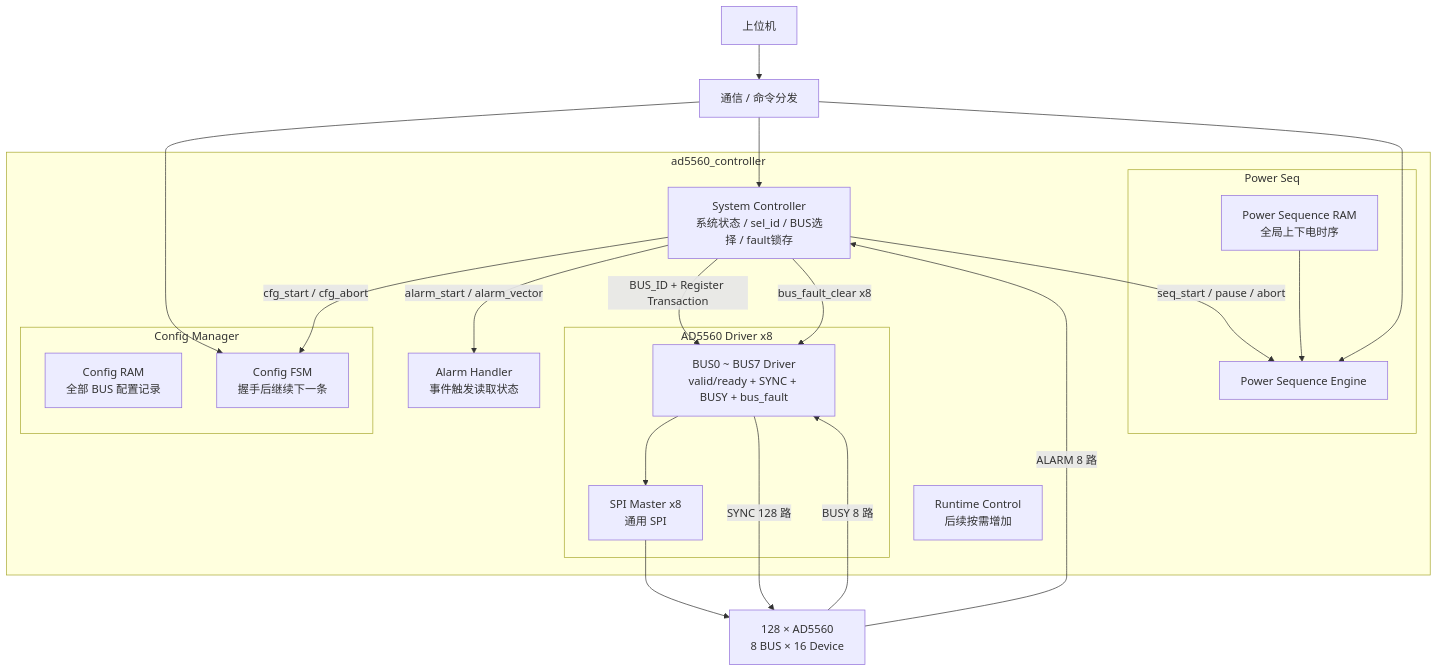
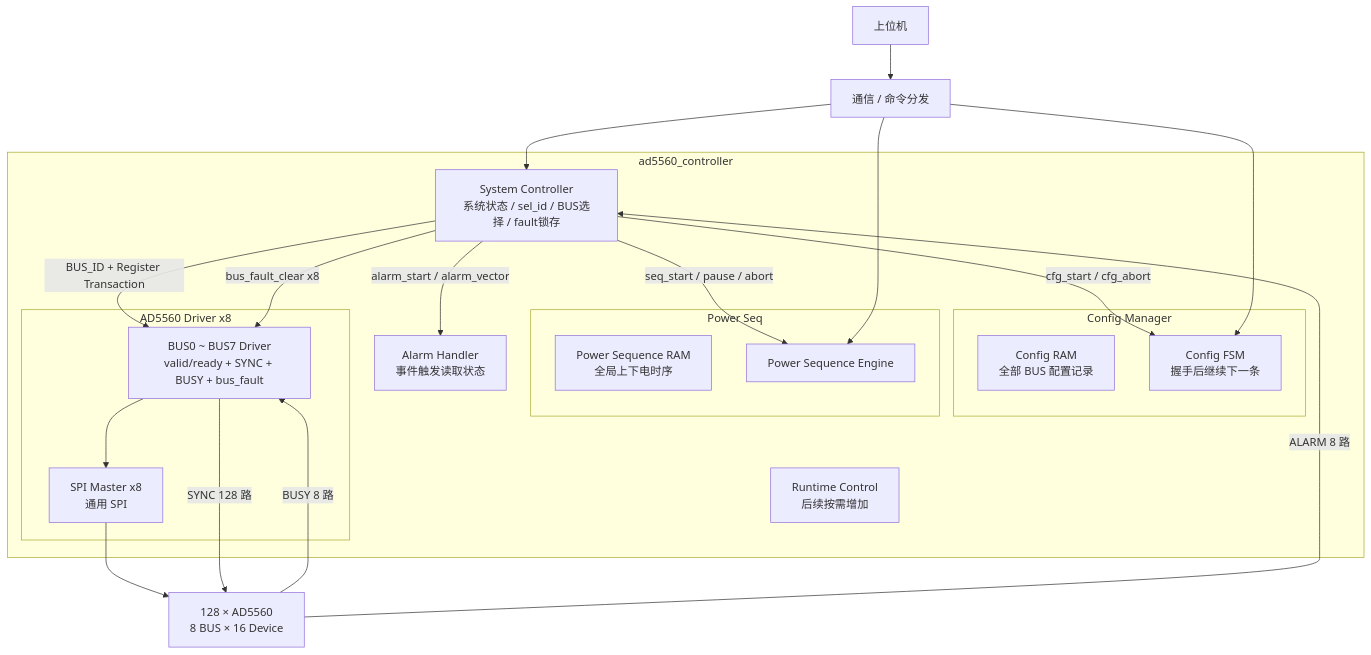
The diagram in AD5560/SYSTEM_ARCHITECTURE.md (hhanghhhhh/hbm_proj), drawn with Mermaid before and after one commit.

````diff
--- a/AD5560/SYSTEM_ARCHITECTURE.md
+++ b/AD5560/SYSTEM_ARCHITECTURE.md
@@ -204,49 +204,47 @@
 ```mermaid
 flowchart TB
     PC[上位机]
     COMM[通信 / 命令分发]
 
     subgraph CTRL[ad5560_controller]
         SYS[System Controller\n系统状态 / sel_id / BUS选择 / fault锁存]
 
         subgraph CFG[Config Manager]
             CRAM[Config RAM\n全部 BUS 配置记录]
             CM[Config FSM\n握手后继续下一条]
         end
 
         subgraph PSEQ[Power Seq]
             PSRAM[Power Sequence RAM\n全局上下电时序]
             PSE[Power Sequence Engine]
         end
 
         AH[Alarm Handler\n事件触发读取状态]
         RC[Runtime Control\n后续按需增加]
 
         subgraph DRIVERS[AD5560 Driver x8]
             DRV[BUS0 ~ BUS7 Driver\nvalid/ready + SYNC + BUSY + bus_fault]
             SPI[SPI Master x8\n通用 SPI]
             DRV --> SPI
         end
 
-        PSRAM --> PSE
-
         SYS -->|cfg_start / cfg_abort| CM
         SYS -->|seq_start / pause / abort| PSE
         SYS -->|alarm_start / alarm_vector| AH
 
         SYS -->|BUS_ID + Register Transaction| DRV
         SYS -->|bus_fault_clear x8| DRV
     end
 
     DEV[128 × AD5560\n8 BUS × 16 Device]
 
     PC --> COMM
     COMM --> CM
     COMM --> SYS
     COMM --> PSE
 
     SPI --> DEV
     DRV -->|SYNC 128 路| DEV
     DEV -->|BUSY 8 路| DRV
     DEV -->|ALARM 8 路| SYS
 ```
````
